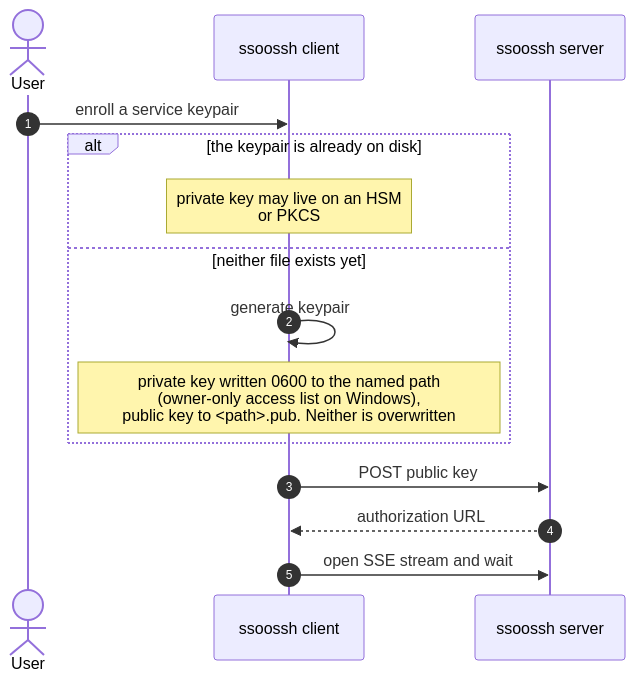
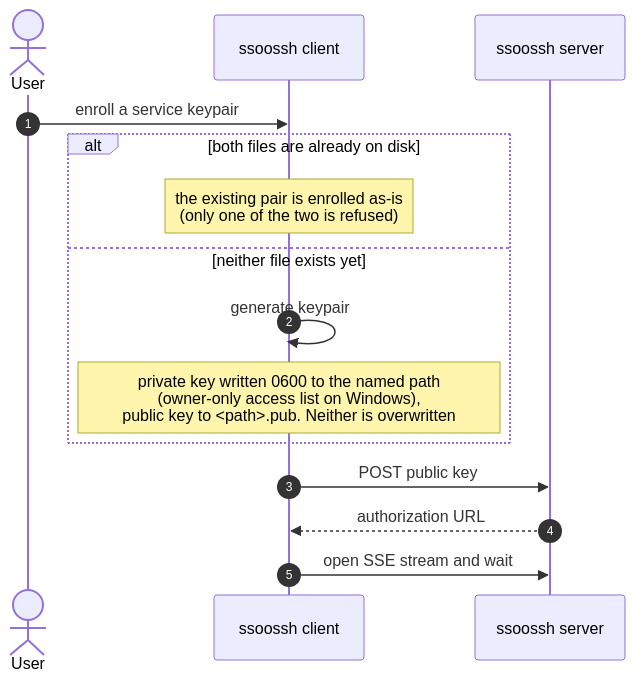
One commit to mnestor/ssoossh changed the first of 3 diagrams in user-docs/src/content/docs/concepts/service-certificates.md. Above: the diagram before and after it, drawn with Mermaid. The commit also changed other lines of this file and 15 other files, not shown here.

````diff
--- a/user-docs/src/content/docs/concepts/service-certificates.md
+++ b/user-docs/src/content/docs/concepts/service-certificates.md
@@ -22,29 +22,29 @@
 ```mermaid
 sequenceDiagram
     accTitle: Service enrollment, step one: registering the key
     accDescr {
-      An operator asks the ssoossh client to enroll a service keypair. If the
-      keypair already exists on disk it is used as-is — the private key may
-      live on an HSM or PKCS#11 token that ssoossh never sees. If neither file
-      exists the client generates the pair, writing the private key 0600
+      An operator asks the ssoossh client to enroll a service keypair. If both
+      files of the keypair already exist on disk they are used as-is, and if
+      only one does the client refuses, since ssh needs the private key beside
+      the public one. If neither file exists the client generates the pair, writing the private key 0600
       (owner-only on Windows) and the public key alongside it with a .pub
       suffix; neither file is ever overwritten. The client posts the public
       key, receives an authorization URL, and opens a server-sent events
       stream to wait.
     }
     autonumber
     actor User
     participant Client as ssoossh client
     participant Server as ssoossh server
 
     User->>Client: enroll a service keypair
-    alt the keypair is already on disk
-        Note over Client: private key may live on an HSM<br/>or PKCS#11 token, and ssoossh never sees it
+    alt both files are already on disk
+        Note over Client: the existing pair is enrolled as-is<br/>(only one of the two is refused)
     else neither file exists yet
         Client->>Client: generate keypair
         Note over Client: private key written 0600 to the named path<br/>(owner-only access list on Windows),<br/>public key to #lt;path#gt;.pub. Neither is overwritten
     end
     Client->>Server: POST public key
     Server-->>Client: authorization URL
     Client->>Server: open SSE stream and wait
 ```
````
